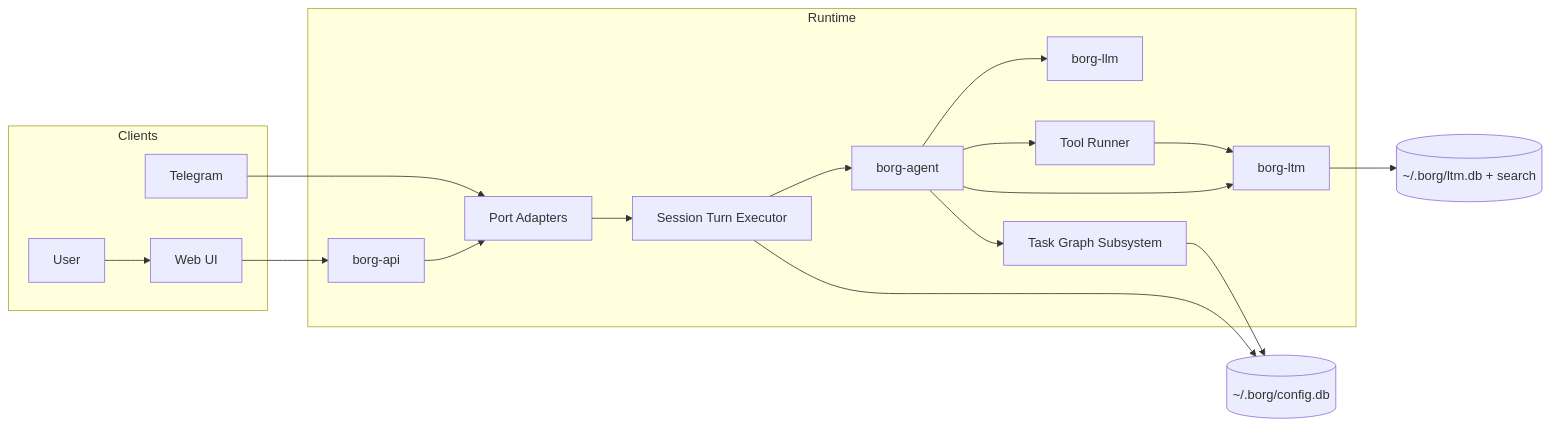
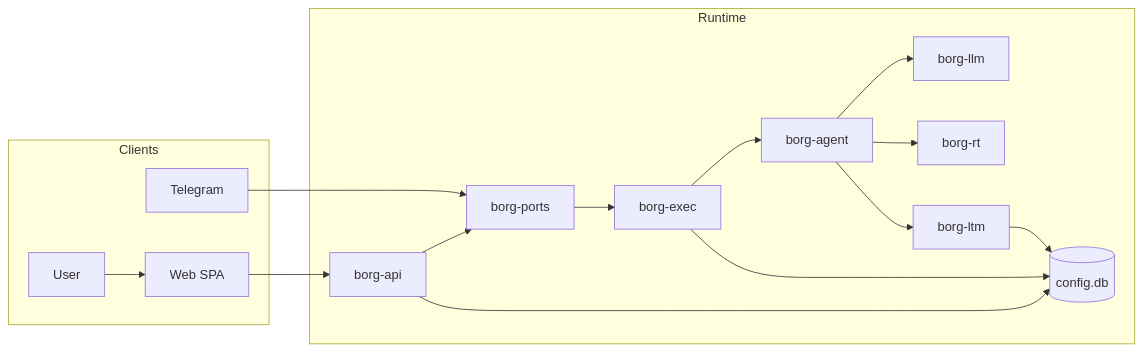
One commit to leostera/agents changed the first of 5 diagrams in ARCHITECTURE.md. Above: the diagram before and after it, drawn with Mermaid. The commit also changed other lines of this file and 7 other files, not shown here.

Commit message:
chore: checkpoint pending backend and schema updates

````diff
--- a/ARCHITECTURE.md
+++ b/ARCHITECTURE.md
@@ -25,37 +25,32 @@
 ```mermaid
 flowchart LR
   subgraph Clients
     U[User]
     TG[Telegram]
-    WEB[Web UI]
+    W[Web SPA]
   end
 
   subgraph Runtime
     API[borg-api]
-    PORTS[Port Adapters]
-    EXEC[Session Turn Executor]
+    PORTS[borg-ports]
+    EXEC[borg-exec]
     AGENT[borg-agent]
     LLM[borg-llm]
-    TOOLS[Tool Runner]
-    LTM[borg-ltm]
-    TASKS[Task Graph Subsystem]
+    RT[borg-rt]
+    MEM[borg-ltm]
+    DB[(config.db)]
   end
 
-  CFG[(~/.borg/config.db)]
-  MEM[(~/.borg/ltm.db + search)]
-
-  U --> WEB
+  U --> W
   TG --> PORTS
-  WEB --> API
+  W --> API
   API --> PORTS
   PORTS --> EXEC
   EXEC --> AGENT
   AGENT --> LLM
-  AGENT --> TOOLS
-  TOOLS --> LTM
-  AGENT --> LTM
-  AGENT --> TASKS
-  TASKS --> CFG
-  EXEC --> CFG
-  LTM --> MEM
+  AGENT --> RT
+  AGENT --> MEM
+  EXEC --> DB
+  API --> DB
+  MEM --> DB
 ```
````
